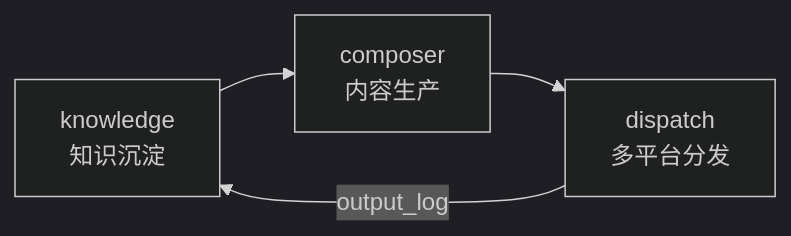
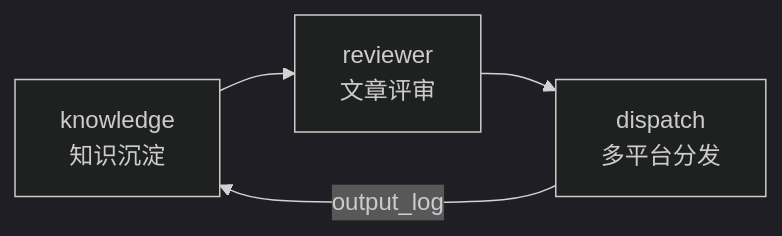
Before and after one commit to xinovate/linglong-knowledge: the fifth of 7 diagrams in docs/architecture.md, drawn with Mermaid (dark theme). The commit also changed other lines of this file and 58 other files, not shown here.

First line of the commit message:
refactor: 删除 composer 模块，新建 reviewer 评审模块

````diff
--- a/docs/architecture.md
+++ b/docs/architecture.md
@@ -274,6 +272,6 @@
 ```mermaid
 graph LR
-    A[knowledge<br/>知识沉淀] --> B[composer<br/>内容生产]
+    A[knowledge<br/>知识沉淀] --> B[reviewer<br/>文章评审]
     B --> C[dispatch<br/>多平台分发]
     C -->|output_log| A
 ```
````
